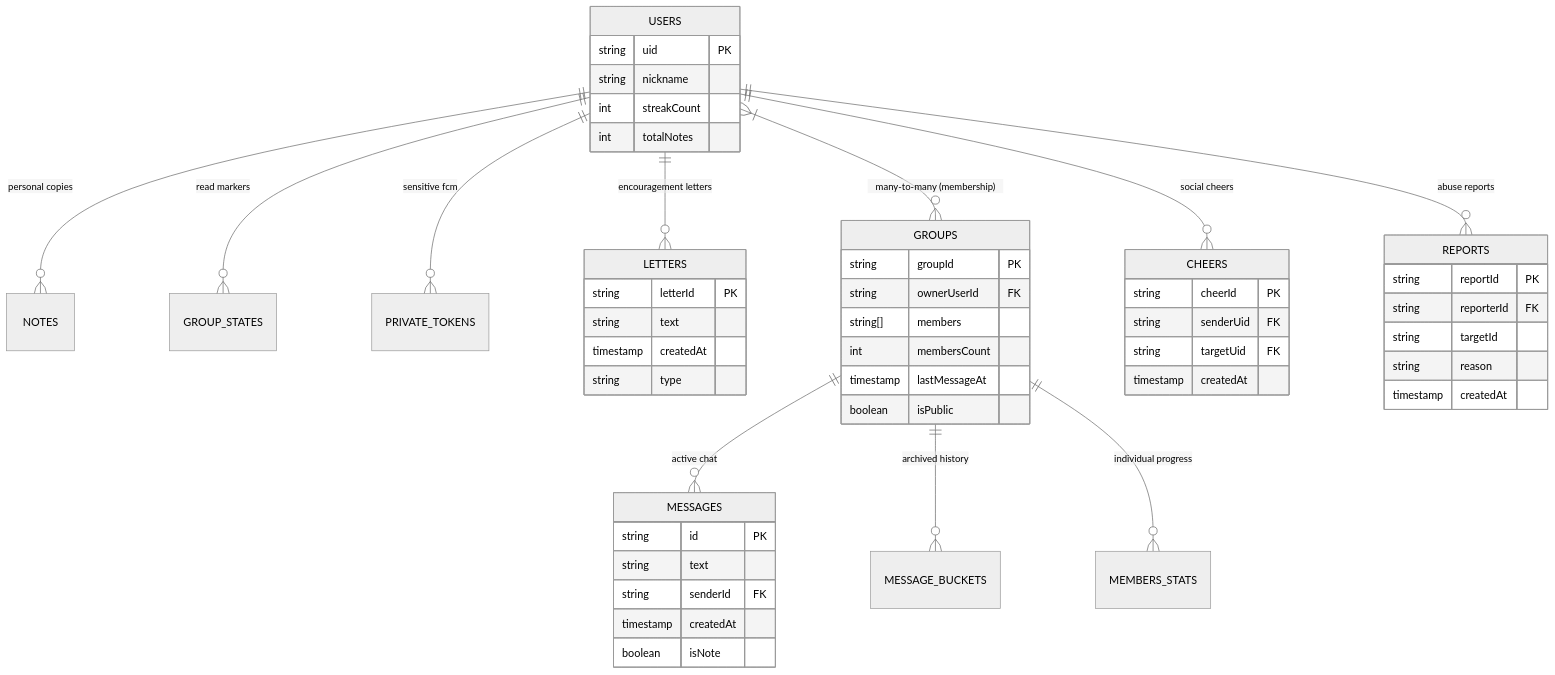
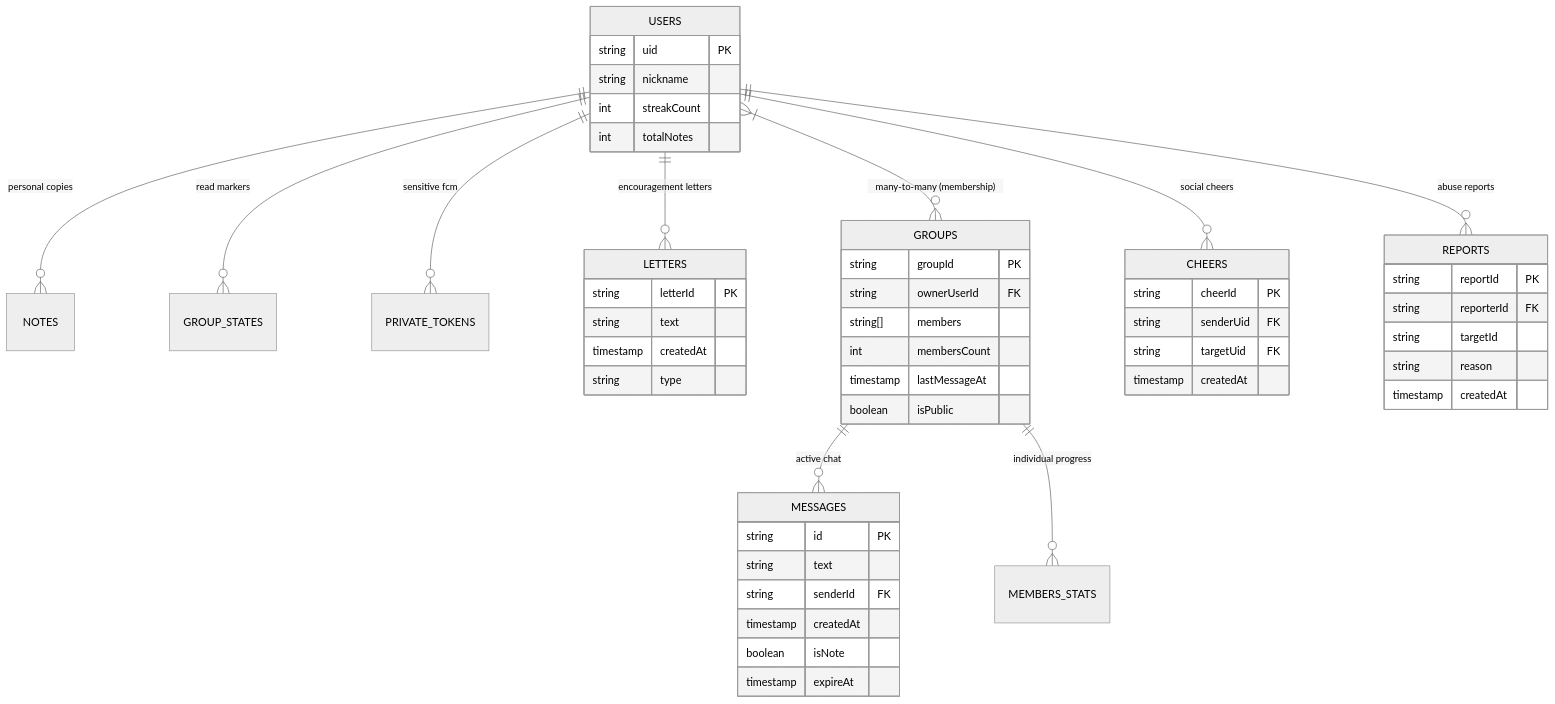
Before and after one commit to ScriptureHabit/scripture-habit: the first of 2 diagrams in docs/database-security.md, drawn with Mermaid (neutral theme). The commit also changed other lines of this file and 14 other files, not shown here.

````diff
--- a/docs/database-security.md
+++ b/docs/database-security.md
@@ -11,62 +11,62 @@
 ```mermaid
 erDiagram
     USERS ||--o{ NOTES : "personal copies"
     USERS ||--o{ GROUP_STATES : "read markers"
     USERS ||--o{ PRIVATE_TOKENS : "sensitive fcm"
     USERS ||--o{ LETTERS : "encouragement letters"
     
     GROUPS ||--o{ MESSAGES : "active chat"
-    GROUPS ||--o{ MESSAGE_BUCKETS : "archived history"
     GROUPS ||--o{ MEMBERS_STATS : "individual progress"
     
     USERS }|--o{ GROUPS : "many-to-many (membership)"
     
     USERS ||--o{ CHEERS : "social cheers"
     USERS ||--o{ REPORTS : "abuse reports"
     
     USERS {
         string uid PK
         string nickname
         int streakCount
         int totalNotes
     }
     
     GROUPS {
         string groupId PK
         string ownerUserId FK
         string[] members
         int membersCount
         timestamp lastMessageAt
         boolean isPublic
     }
     
     MESSAGES {
         string id PK
         string text
         string senderId FK
         timestamp createdAt
         boolean isNote
+        timestamp expireAt
     }
     
     LETTERS {
         string letterId PK
         string text
         timestamp createdAt
         string type
     }
     
     CHEERS {
         string cheerId PK
         string senderUid FK
         string targetUid FK
         timestamp createdAt
     }
     
     REPORTS {
         string reportId PK
         string reporterId FK
         string targetId
         string reason
         timestamp createdAt
     }
 ```
````
